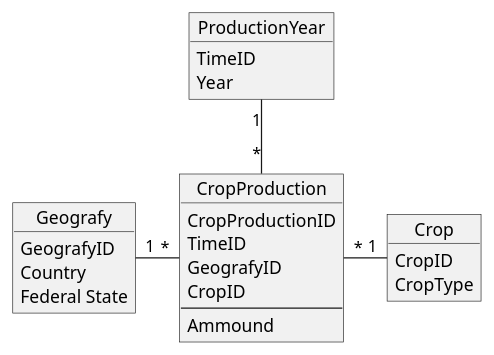
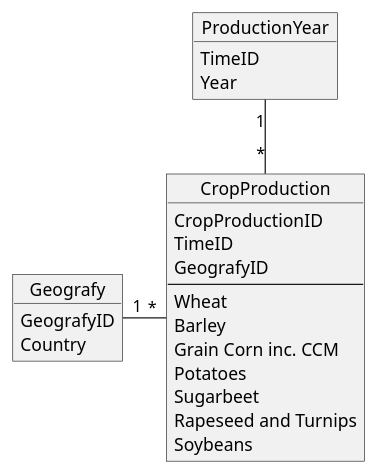
Before and after one commit to Noah274/DSAI_Feldfruchtproduktion: the diagram in UML/StarSchema.puml, drawn with PlantUML. The commit also changed 13 other files, not shown here.

```diff
--- a/UML/StarSchema.puml
+++ b/UML/StarSchema.puml
@@ -1,31 +1,29 @@
 @startuml
   object ProductionYear{
     TimeID
     Year
   }
   
   object Geografy{
     GeografyID
     Country
-    Federal State
   }
   
   object CropProduction{
     CropProductionID
     TimeID
     GeografyID
-    CropID
     ---
-    Ammound
-  }
-  
-  object Crop{
-    CropID
-    CropType
+    Wheat
+    Barley
+    Grain Corn inc. CCM
+    Potatoes
+    Sugarbeet
+    Rapeseed and Turnips
+    Soybeans
   }
   
   CropProduction "*" -up- "1" ProductionYear
   CropProduction "*" -left- "1" Geografy
-  CropProduction "*" -right- "1" Crop
 
 @enduml
```
